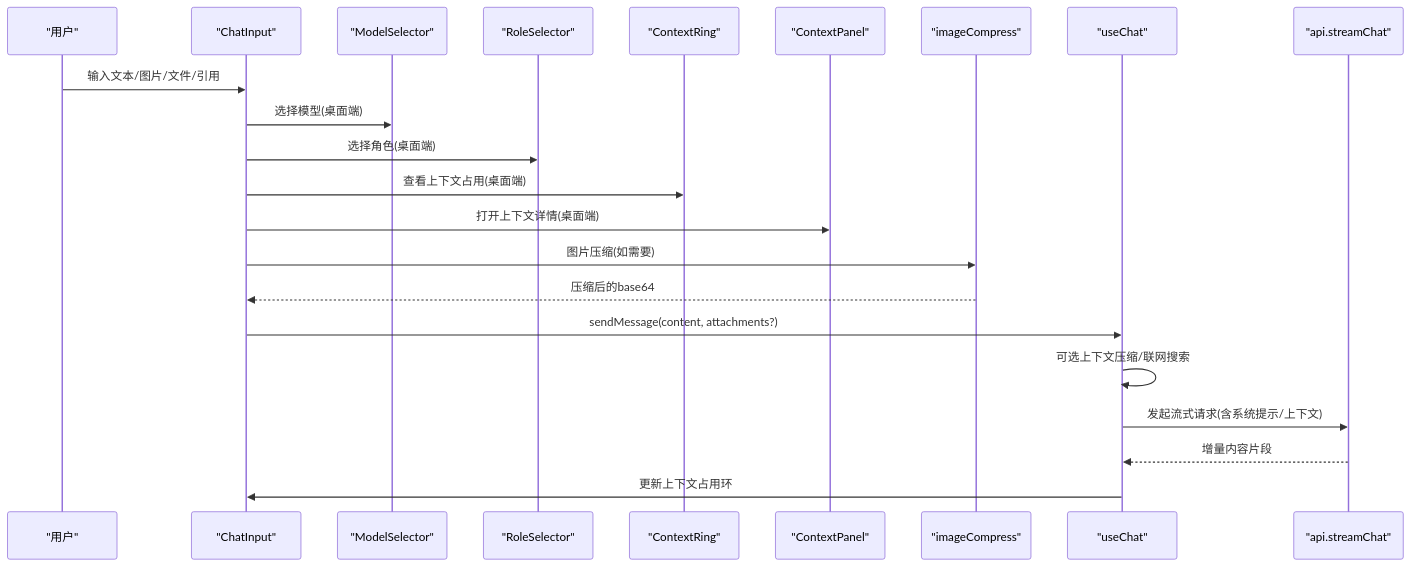
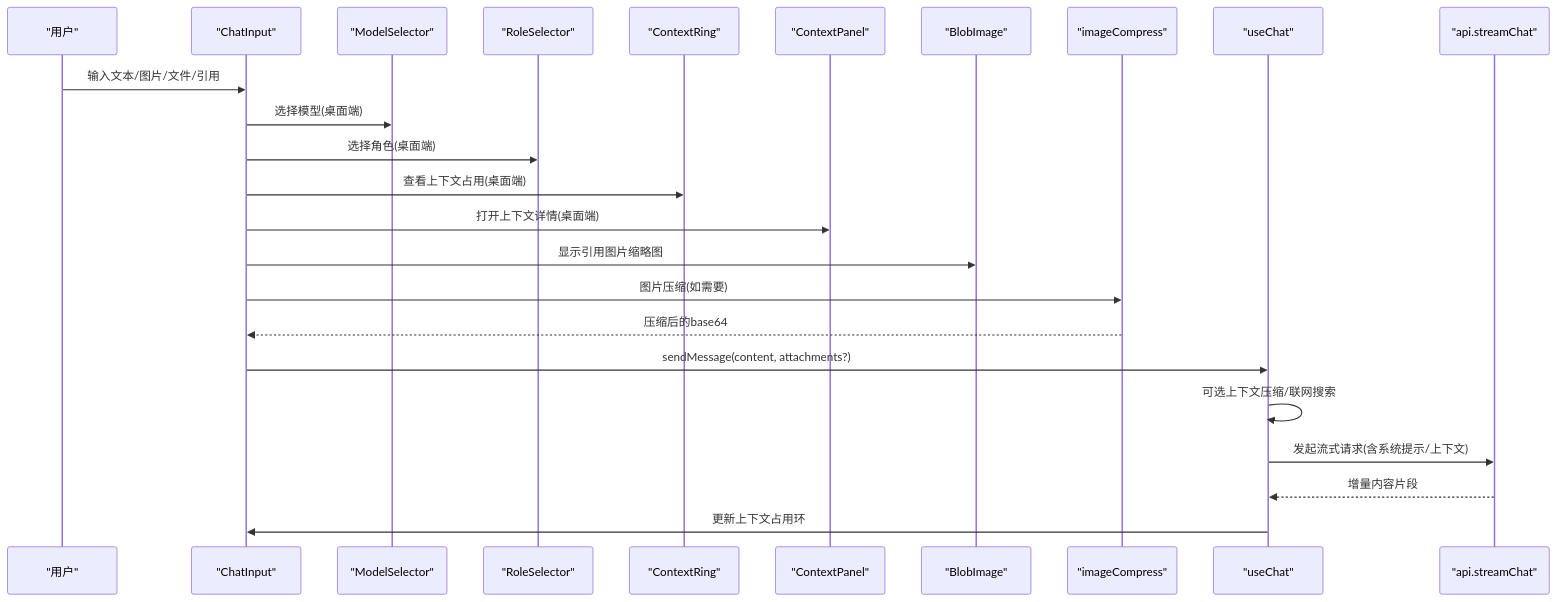
The second of 5 diagrams in .qoder/repowiki/zh/content/聊天模块/聊天输入组件.md (billye220670/AIShop), drawn with Mermaid before and after one commit. The commit also changed other lines of this file and 40 other files, not shown here.

````diff
--- a/.qoder/repowiki/zh/content/聊天模块/聊天输入组件.md
+++ b/.qoder/repowiki/zh/content/聊天模块/聊天输入组件.md
@@ -141,24 +147,26 @@
 ```mermaid
 sequenceDiagram
 participant U as "用户"
 participant CI as "ChatInput"
 participant MS as "ModelSelector"
 participant RS as "RoleSelector"
 participant CR as "ContextRing"
 participant CP as "ContextPanel"
+participant BI as "BlobImage"
 participant IC as "imageCompress"
 participant UC as "useChat"
 participant API as "api.streamChat"
 U->>CI : 输入文本/图片/文件/引用
 CI->>MS : 选择模型(桌面端)
 CI->>RS : 选择角色(桌面端)
 CI->>CR : 查看上下文占用(桌面端)
 CI->>CP : 打开上下文详情(桌面端)
+CI->>BI : 显示引用图片缩略图
 CI->>IC : 图片压缩(如需要)
 IC-->>CI : 压缩后的base64
 CI->>UC : sendMessage(content, attachments?)
 UC->>UC : 可选上下文压缩/联网搜索
 UC->>API : 发起流式请求(含系统提示/上下文)
 API-->>UC : 增量内容片段
 UC->>CI : 更新上下文占用环
 ```
````
